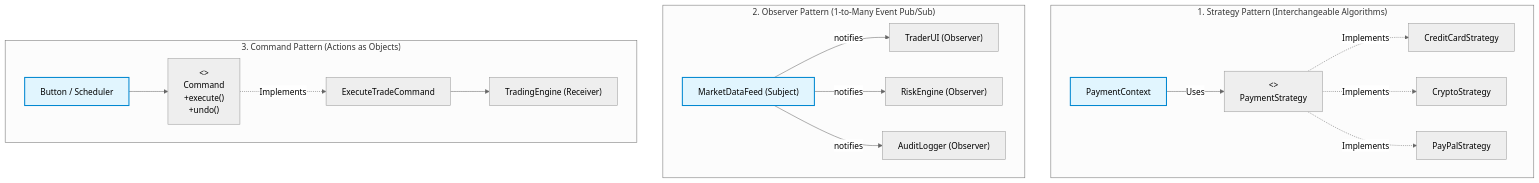
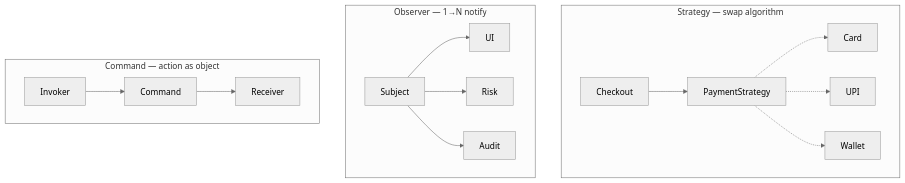
Before and after one commit to TapanKumarBarik/Backend-roadmap: the first of 2 diagrams in content/lld/08-behavioral-patterns-i/README.md, drawn with Mermaid (neutral theme). The commit also changed other lines of this file and 68 other files, not shown here.

````diff
--- a/content/lld/08-behavioral-patterns-i/README.md
+++ b/content/lld/08-behavioral-patterns-i/README.md
@@ -16,24 +24,18 @@
 ```mermaid
 flowchart TD
-    subgraph StrategyPattern["1. Strategy Pattern (Interchangeable Algorithms)"]
-        ContextA["PaymentContext"] -->|Uses| IStrat["<<interface>>\nPaymentStrategy"]
-        IStrat -.->|Implements| S1["CreditCardStrategy"]
-        IStrat -.->|Implements| S2["CryptoStrategy"]
-        IStrat -.->|Implements| S3["PayPalStrategy"]
-    end
-
-    subgraph ObserverPattern["2. Observer Pattern (1-to-Many Event Pub/Sub)"]
-        Subject["MarketDataFeed (Subject)"] -->|notifies| Obs1["TraderUI (Observer)"]
-        Subject -->|notifies| Obs2["RiskEngine (Observer)"]
-        Subject -->|notifies| Obs3["AuditLogger (Observer)"]
-    end
-
-    subgraph CommandPattern["3. Command Pattern (Actions as Objects)"]
-        Invoker["Button / Scheduler"] --> Cmd["<<interface>>\nCommand\n+execute()\n+undo()"]
-        Cmd -.->|Implements| ConcreteCmd["ExecuteTradeCommand"]
-        ConcreteCmd --> Receiver["TradingEngine (Receiver)"]
-    end
-
-    classDef pattern fill:#e1f5fe,stroke:#0288d1,stroke-width:2px;
-    class ContextA,Subject,Invoker pattern;
+  subgraph Strategy["Strategy — swap algorithm"]
+    Ctx["Checkout"] --> S["PaymentStrategy"]
+    S -.-> Card["Card"]
+    S -.-> Upi["UPI"]
+    S -.-> Wallet["Wallet"]
+  end
+  subgraph Observer["Observer — 1→N notify"]
+    Feed["Subject"] --> UI["UI"]
+    Feed --> Risk["Risk"]
+    Feed --> Audit["Audit"]
+  end
+  subgraph Command["Command — action as object"]
+    Btn["Invoker"] --> Cmd["Command"]
+    Cmd --> Eng["Receiver"]
+  end
 ```
````
